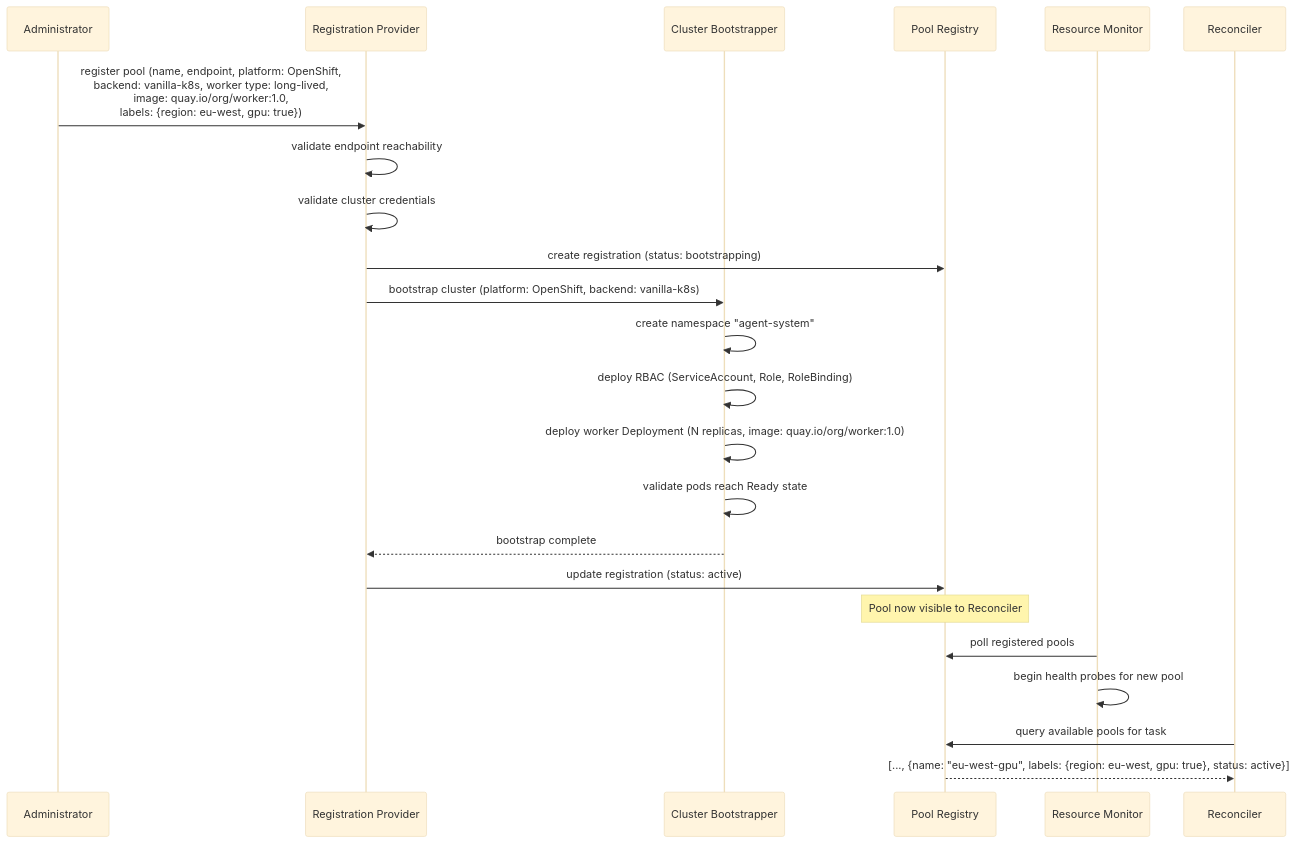
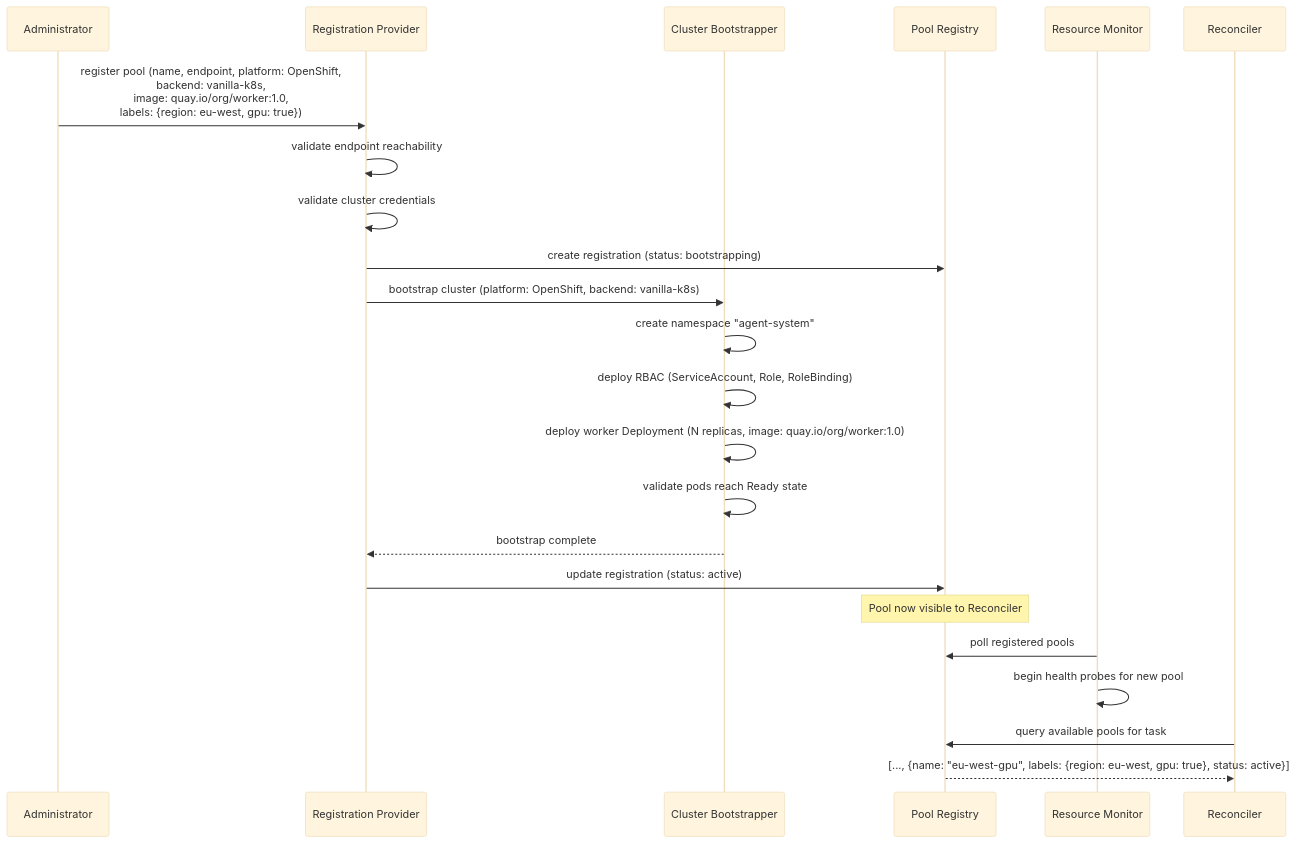
Before and after one commit to manstis/syntara: the sixth of 15 diagrams in backend/docs/execution-plane.md, drawn with Mermaid (base theme). The commit also changed other lines of this file and 1 other file, not shown here.

Commit message:
chore: Remove WorkerType from Worker Pool registration.

````diff
--- a/backend/docs/execution-plane.md
+++ b/backend/docs/execution-plane.md
@@ -366,33 +354,33 @@
 ```mermaid
 sequenceDiagram
     participant Admin as Administrator
     participant RP as Registration Provider
     participant CB as Cluster Bootstrapper
     participant PR as Pool Registry
     participant RM as Resource Monitor
     participant R as Reconciler
 
-    Admin->>RP: register pool (name, endpoint, platform: OpenShift,<br/>backend: vanilla-k8s, worker type: long-lived,<br/>image: quay.io/org/worker:1.0,<br/>labels: {region: eu-west, gpu: true})
+    Admin->>RP: register pool (name, endpoint, platform: OpenShift,<br/>backend: vanilla-k8s,<br/>image: quay.io/org/worker:1.0,<br/>labels: {region: eu-west, gpu: true})
 
     RP->>RP: validate endpoint reachability
     RP->>RP: validate cluster credentials
 
     RP->>PR: create registration (status: bootstrapping)
 
     RP->>CB: bootstrap cluster (platform: OpenShift, backend: vanilla-k8s)
     CB->>CB: create namespace "agent-system"
     CB->>CB: deploy RBAC (ServiceAccount, Role, RoleBinding)
     CB->>CB: deploy worker Deployment (N replicas, image: quay.io/org/worker:1.0)
     CB->>CB: validate pods reach Ready state
     CB-->>RP: bootstrap complete
 
     RP->>PR: update registration (status: active)
 
     Note over PR: Pool now visible to Reconciler
 
     RM->>PR: poll registered pools
     RM->>RM: begin health probes for new pool
 
     R->>PR: query available pools for task
     PR-->>R: [..., {name: "eu-west-gpu", labels: {region: eu-west, gpu: true}, status: active}]
 ```
````
